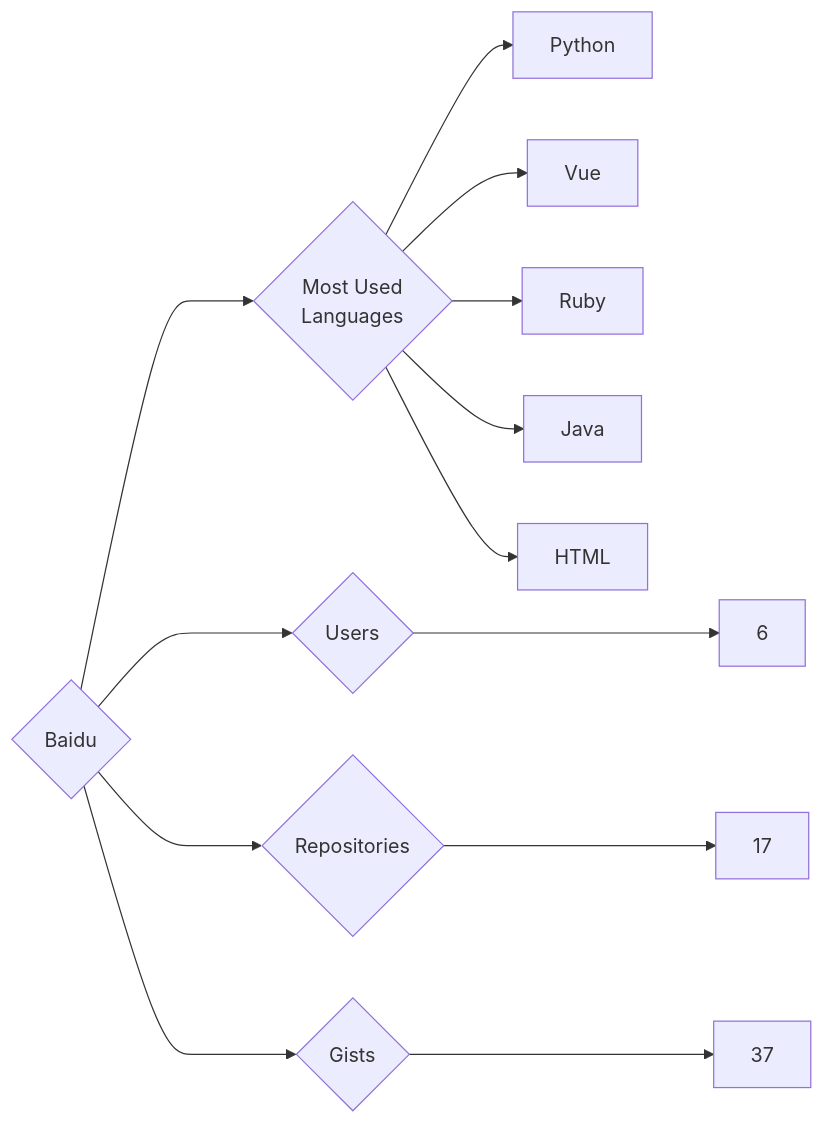
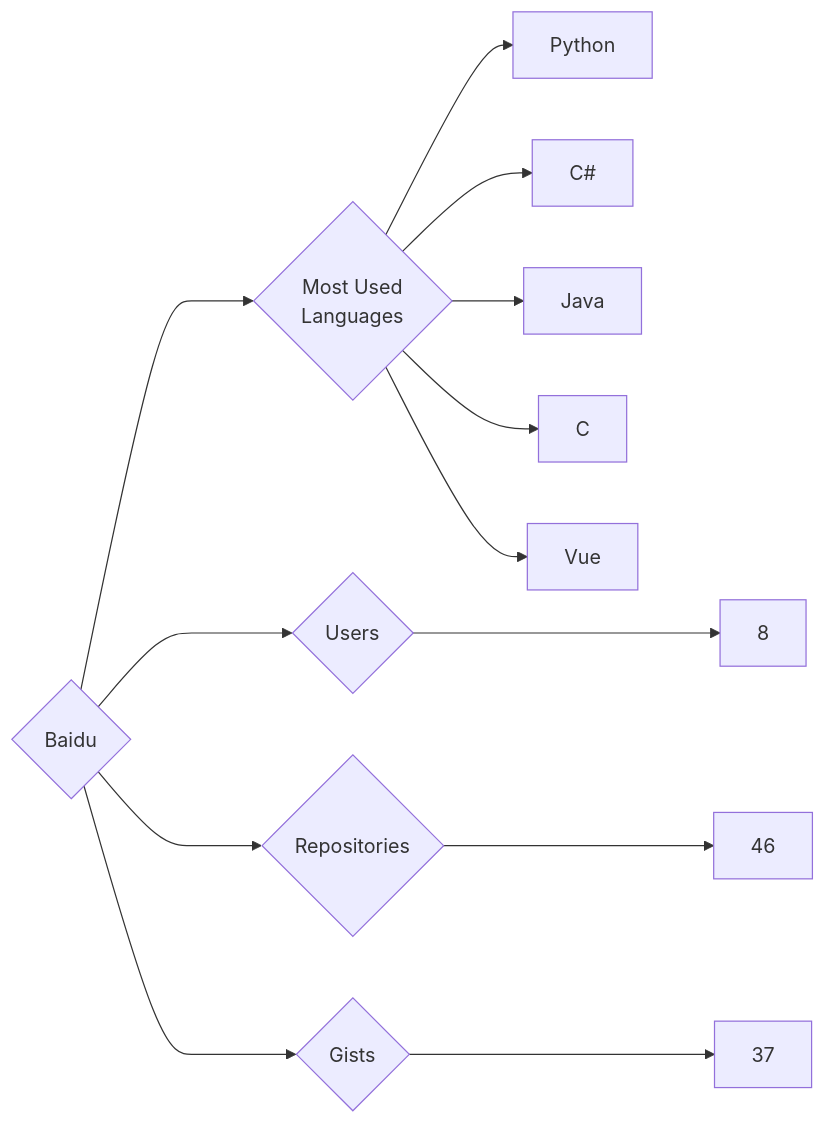
Before and after one commit to trickest/insiders: the diagram in targets/Baidu/README.md, drawn with Mermaid. The commit also changed 985 other files, not shown here.

````diff
--- a/targets/Baidu/README.md
+++ b/targets/Baidu/README.md
@@ -3,13 +3,13 @@
 ```mermaid
 graph LR
 COMPANY_NAME{Baidu}
-COMPANY_NAME ---> U{Users} ---> UN[6]
-COMPANY_NAME ---> R{Repositories} ---> RN[17]
+COMPANY_NAME ---> U{Users} ---> UN[8]
+COMPANY_NAME ---> R{Repositories} ---> RN[46]
 COMPANY_NAME ---> G{Gists} ---> GN[37]
 COMPANY_NAME ---> ML{Most Used<br>Languages}
 ML --> Python[Python]
+ML --> C#[C#]
+ML --> Java[Java]
+ML --> C[C]
 ML --> Vue[Vue]
-ML --> Ruby[Ruby]
-ML --> Java[Java]
-ML --> HTML[HTML]
 ```
````
